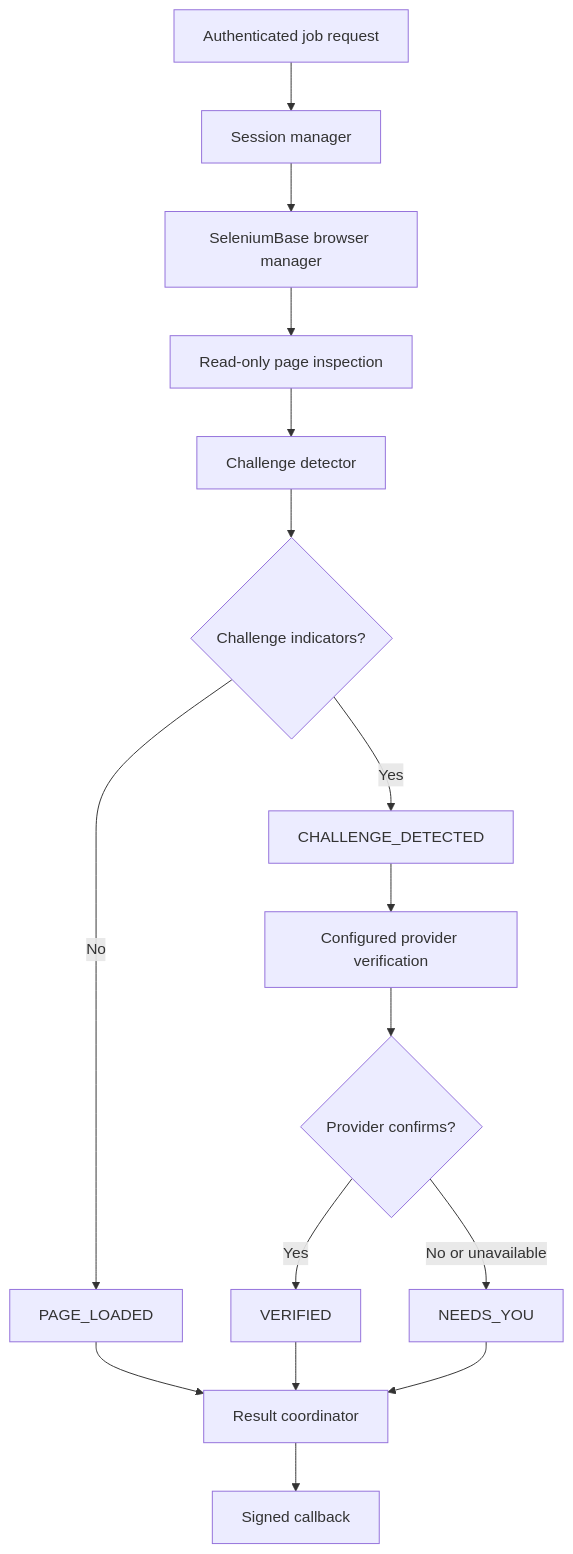
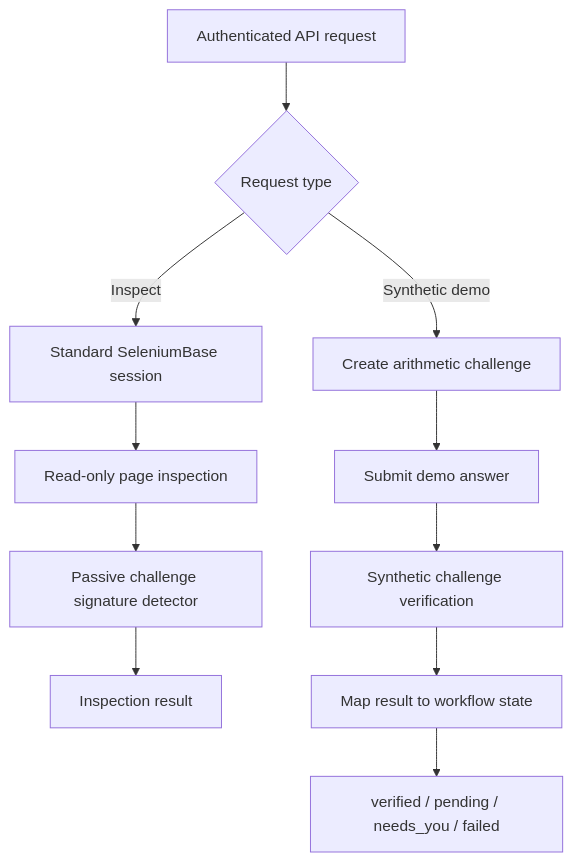
The diagram in docs/architecture.md (santosh1664/Server-2), drawn with Mermaid before and after one commit. The commit also changed other lines of this file, not shown here.

Commit message:
docs: document safe synthetic workflow and test dependencies

````diff
--- a/docs/architecture.md
+++ b/docs/architecture.md
@@ -7,18 +7,13 @@
 ```mermaid
 flowchart TD
-  A[Authenticated job request] --> B[Session manager]
-  B --> C[SeleniumBase browser manager]
+  A[Authenticated API request] --> B{Request type}
+  B -->|Inspect| C[Standard SeleniumBase session]
   C --> D[Read-only page inspection]
-  D --> E[Challenge detector]
-  E --> F{Challenge indicators?}
-  F -->|No| G[PAGE_LOADED]
-  F -->|Yes| H[CHALLENGE_DETECTED]
-  H --> I[Configured provider verification]
-  I --> J{Provider confirms?}
-  J -->|Yes| K[VERIFIED]
-  J -->|No or unavailable| L[NEEDS_YOU]
-  G --> M[Result coordinator]
-  K --> M
-  L --> M
-  M --> N[Signed callback]
+  D --> E[Passive challenge signature detector]
+  E --> F[Inspection result]
+  B -->|Synthetic demo| G[Create arithmetic challenge]
+  G --> H[Submit demo answer]
+  H --> I[Synthetic challenge verification]
+  I --> J[Map result to workflow state]
+  J --> K[verified / pending / needs_you / failed]
 ```
````
